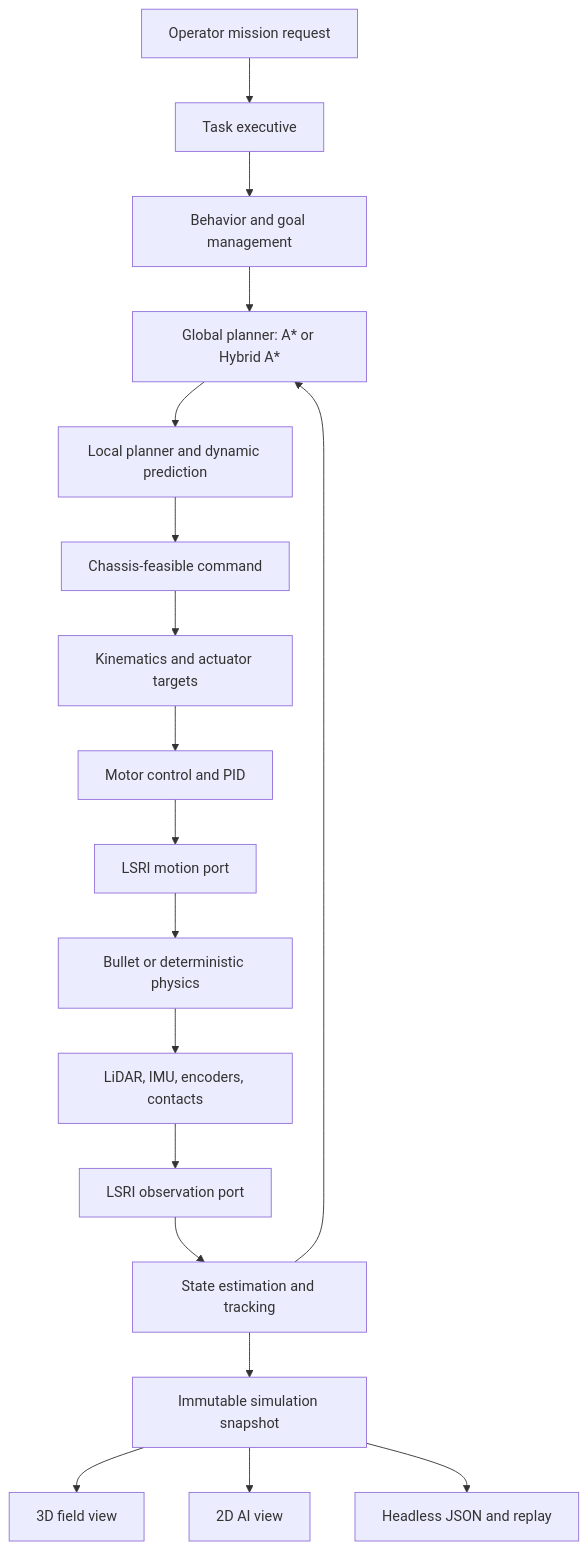
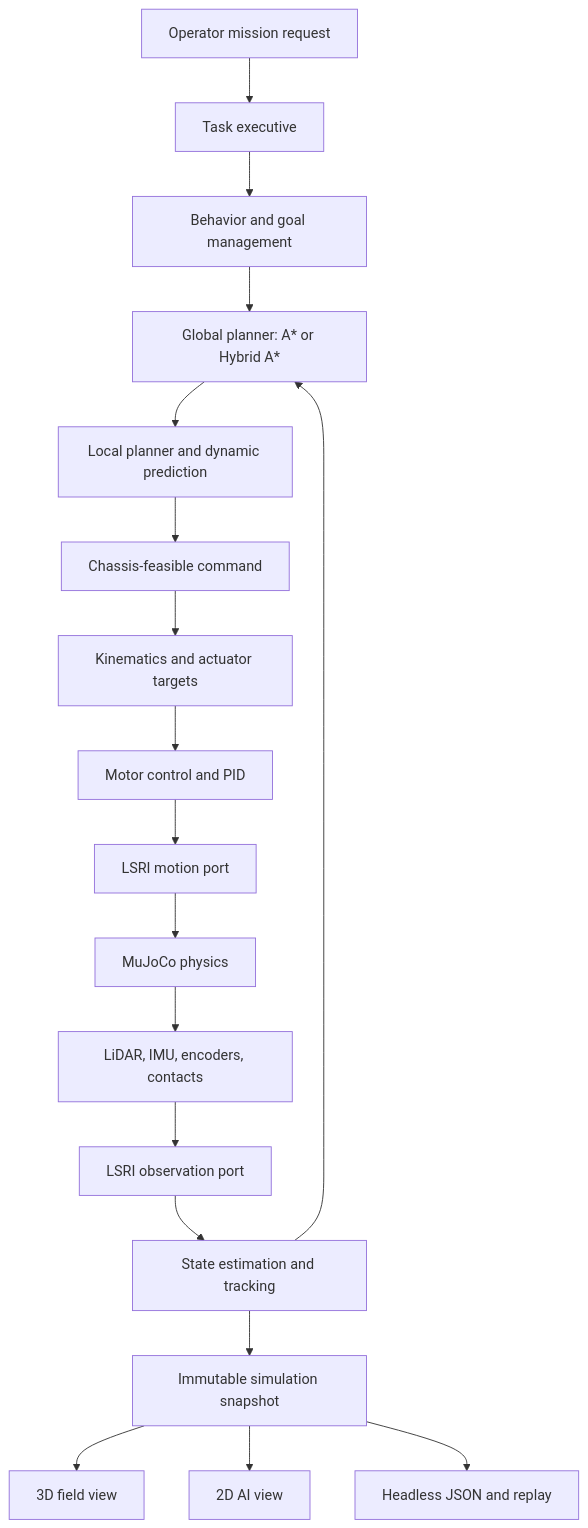
One commit to Robin-1978/lost-signal changed the diagram in docs/architecture.md. Above: the diagram before and after it, drawn with Mermaid. The commit also changed other lines of this file and 153 other files, not shown here.

````diff
--- a/docs/architecture.md
+++ b/docs/architecture.md
@@ -7,20 +7,20 @@
 ```mermaid
 graph TD
  A[Operator mission request] --> X[Task executive]
  X --> B[Behavior and goal management]
  B --> C[Global planner: A* or Hybrid A*]
  C --> D[Local planner and dynamic prediction]
  D --> E[Chassis-feasible command]
  E --> F[Kinematics and actuator targets]
  F --> G[Motor control and PID]
  G --> R[LSRI motion port]
- R --> H[Bullet or deterministic physics]
+ R --> H[MuJoCo physics]
  H --> I[LiDAR, IMU, encoders, contacts]
  I --> O[LSRI observation port]
  O --> J[State estimation and tracking]
  J --> C
  J --> K[Immutable simulation snapshot]
  K --> L[3D field view]
  K --> M[2D AI view]
  K --> N[Headless JSON and replay]
 ```
````
